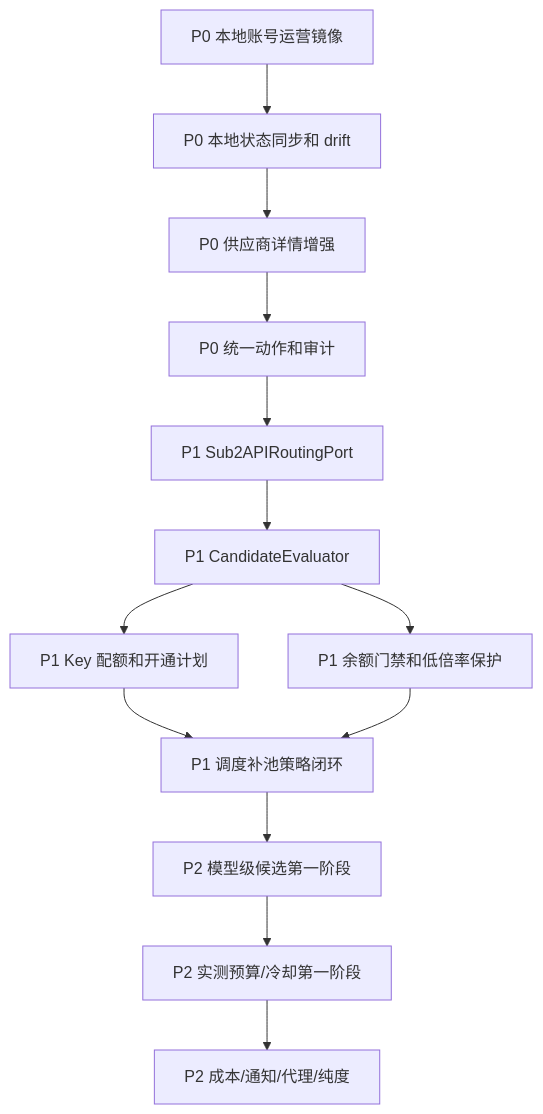
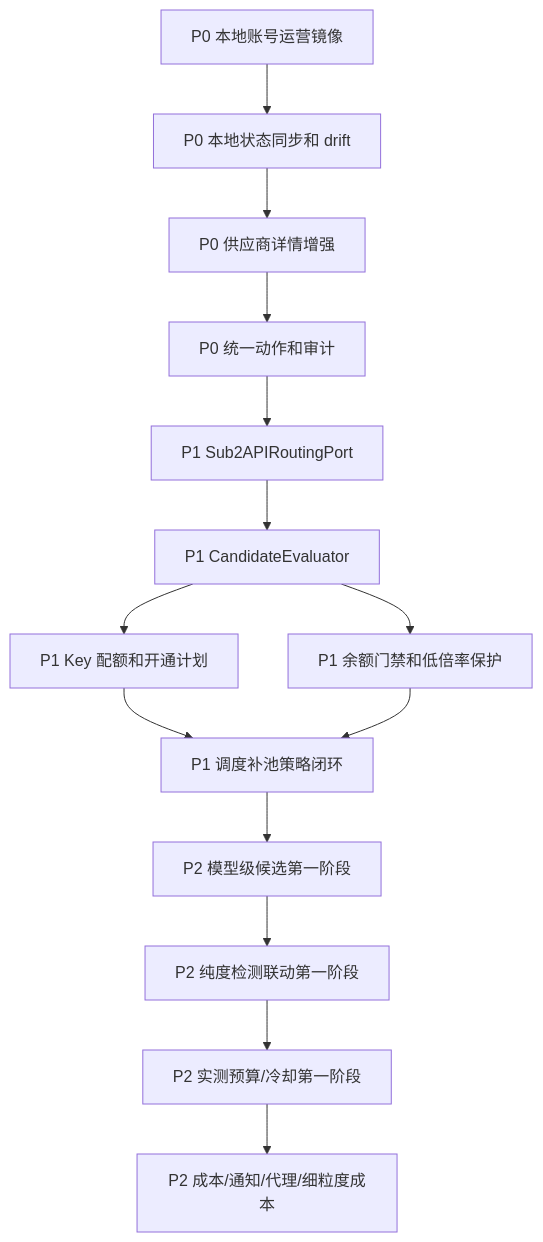
One commit to openrelayllm/sub2api-admin-plus changed the diagram in docs/roadmap/supplier-architecture/07-iteration-plan.md. Above: the diagram before and after it, drawn with Mermaid. The commit also changed other lines of this file and 17 other files, not shown here.

````diff
--- a/docs/roadmap/supplier-architecture/07-iteration-plan.md
+++ b/docs/roadmap/supplier-architecture/07-iteration-plan.md
@@ -504,15 +504,16 @@
 ```mermaid
 flowchart TD
     A[P0 本地账号运营镜像] --> B[P0 本地状态同步和 drift]
     B --> C[P0 供应商详情增强]
     C --> D[P0 统一动作和审计]
     D --> E[P1 Sub2APIRoutingPort]
     E --> F[P1 CandidateEvaluator]
     F --> G[P1 Key 配额和开通计划]
     F --> H[P1 余额门禁和低倍率保护]
     G --> I[P1 调度补池策略闭环]
     H --> I
     I --> J[P2 模型级候选第一阶段]
-    J --> K[P2 实测预算/冷却第一阶段]
-    K --> L[P2 成本/通知/代理/纯度]
+    J --> K[P2 纯度检测联动第一阶段]
+    K --> L[P2 实测预算/冷却第一阶段]
+    L --> M[P2 成本/通知/代理/细粒度成本]
 ```
````
